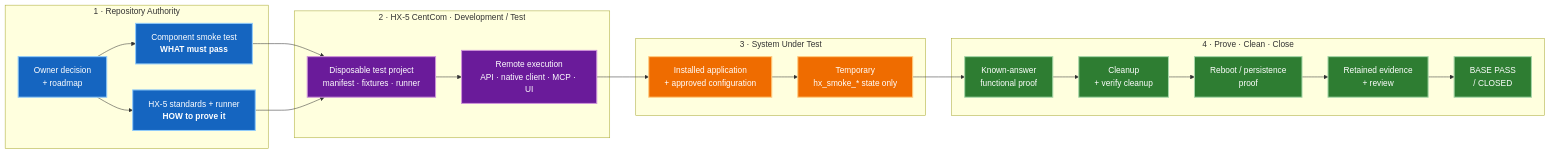
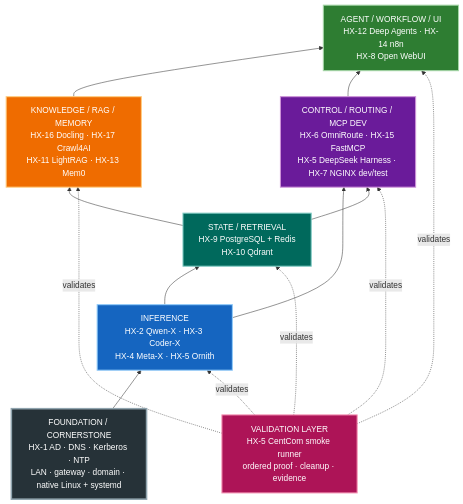
One commit to HX-Infratstructure/HX-Eco-System changed the first of 2 diagrams in README.md. Above: the diagram before and after it, drawn with Mermaid. The commit also changed other lines of this file and 22 other files, not shown here.

Commit message:
Make ecosystem cornerstone primary and add ordered smoke-test roadmap

````diff
--- a/README.md
+++ b/README.md
@@ -34,46 +11,40 @@
 ```mermaid
-flowchart LR
-    subgraph AUTH["1 · Repository Authority"]
-        A["Owner decision<br/>+ roadmap"]
-        B["Component smoke test<br/><b>WHAT must pass</b>"]
-        C["HX-5 standards + runner<br/><b>HOW to prove it</b>"]
-        A --> B
-        A --> C
-    end
+flowchart BT
+    F["FOUNDATION / CORNERSTONE<br/>HX-1 AD · DNS · Kerberos · NTP<br/>LAN · gateway · domain · native Linux + systemd"]
+    I["INFERENCE<br/>HX-2 Qwen-X · HX-3 Coder-X<br/>HX-4 Meta-X · HX-5 Ornith"]
+    S["STATE / RETRIEVAL<br/>HX-9 PostgreSQL + Redis<br/>HX-10 Qdrant"]
+    K["KNOWLEDGE / RAG / MEMORY<br/>HX-16 Docling · HX-17 Crawl4AI<br/>HX-11 LightRAG · HX-13 Mem0"]
+    C["CONTROL / ROUTING / MCP DEV<br/>HX-6 OmniRoute · HX-15 FastMCP<br/>HX-5 DeepSeek Harness · HX-7 NGINX dev/test"]
+    A["AGENT / WORKFLOW / UI<br/>HX-12 Deep Agents · HX-14 n8n<br/>HX-8 Open WebUI"]
+    V["VALIDATION LAYER<br/>HX-5 CentCom smoke runner<br/>ordered proof · cleanup · evidence"]
 
-    subgraph CENTCOM["2 · HX-5 CentCom · Development / Test"]
-        D["Disposable test project<br/>manifest · fixtures · runner"]
-        E["Remote execution<br/>API · native client · MCP · UI"]
-        D --> E
-    end
+    F --> I
+    I --> S
+    I --> C
+    S --> K
+    S --> C
+    K --> A
+    C --> A
 
-    subgraph SUT["3 · System Under Test"]
-        F["Installed application<br/>+ approved configuration"]
-        G["Temporary<br/>hx_smoke_* state only"]
-        F --> G
-    end
+    V -. validates .-> I
+    V -. validates .-> S
+    V -. validates .-> C
+    V -. validates .-> K
+    V -. validates .-> A
 
-    subgraph CLOSE["4 · Prove · Clean · Close"]
-        H["Known-answer<br/>functional proof"]
-        I["Cleanup<br/>+ verify cleanup"]
-        J["Reboot / persistence<br/>proof"]
-        K["Retained evidence<br/>+ review"]
-        L["BASE PASS<br/>/ CLOSED"]
-        H --> I --> J --> K --> L
-    end
+    classDef foundation fill:#263238,color:#ffffff,stroke:#90a4ae,stroke-width:3px;
+    classDef inference fill:#1565c0,color:#ffffff,stroke:#90caf9,stroke-width:2px;
+    classDef state fill:#00695c,color:#ffffff,stroke:#80cbc4,stroke-width:2px;
+    classDef control fill:#6a1b9a,color:#ffffff,stroke:#ce93d8,stroke-width:2px;
+    classDef knowledge fill:#ef6c00,color:#ffffff,stroke:#ffcc80,stroke-width:2px;
+    classDef app fill:#2e7d32,color:#ffffff,stroke:#a5d6a7,stroke-width:2px;
+    classDef validation fill:#ad1457,color:#ffffff,stroke:#f48fb1,stroke-width:2px;
 
-    B --> D
-    C --> D
-    E --> F
-    G --> H
-
-    classDef authority fill:#1565c0,color:#ffffff,stroke:#90caf9,stroke-width:2px;
-    classDef runner fill:#6a1b9a,color:#ffffff,stroke:#ce93d8,stroke-width:2px;
-    classDef sut fill:#ef6c00,color:#ffffff,stroke:#ffcc80,stroke-width:2px;
-    classDef proof fill:#2e7d32,color:#ffffff,stroke:#a5d6a7,stroke-width:2px;
-
-    class A,B,C authority;
-    class D,E runner;
-    class F,G sut;
-    class H,I,J,K,L proof;
+    class F foundation;
+    class I inference;
+    class S state;
+    class C control;
+    class K knowledge;
+    class A app;
+    class V validation;
 ```
````
